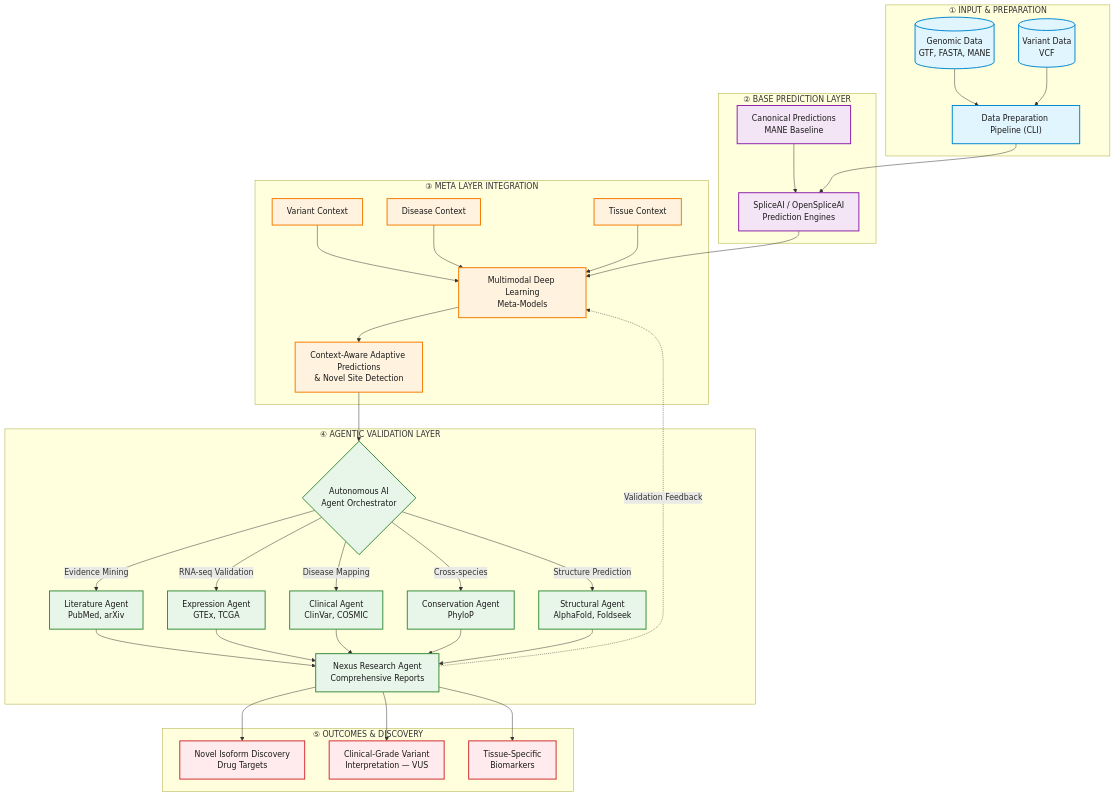
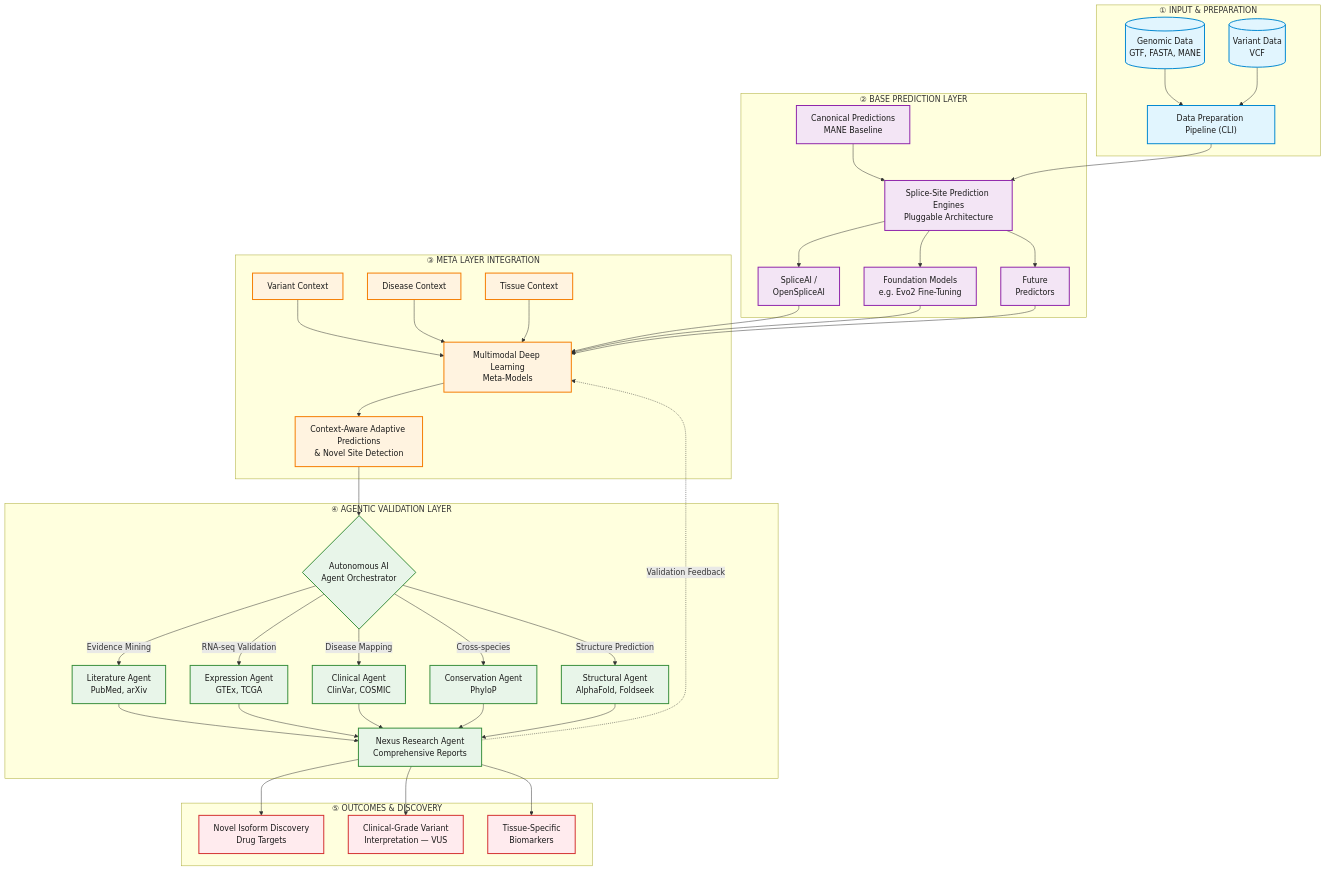
One commit to pleiadian53/agentic-spliceai changed the first of 4 diagrams in README.md. Above: the diagram before and after it, drawn with Mermaid.

Commit message:
Generalize base prediction layer to pluggable architecture
Layer 2 now shows a generic "Splice-Site Prediction Engines" dispatcher
with three pluggable backends: SpliceAI/OpenSpliceAI, Foundation Models
(e.g. Evo2 fine-tuning from the foundation_models sub-project), and a
Future Predictors slot. Each engine feeds independently into the meta
layer, reflecting the system's model-agnostic design.

https://claude.ai/code/session_01PekNHAbzRmH5WMHbntEUUh

```diff
--- a/README.md
+++ b/README.md
@@ -29,8 +29,14 @@
     %% Layer 2: Base Prediction Layer
     subgraph L2 ["② BASE PREDICTION LAYER"]
         C[Canonical Predictions<br/>MANE Baseline]:::base
-        D[SpliceAI / OpenSpliceAI<br/>Prediction Engines]:::base
+        D[Splice-Site Prediction Engines<br/>Pluggable Architecture]:::base
+        D1[SpliceAI /<br/>OpenSpliceAI]:::base
+        D2[Foundation Models<br/>e.g. Evo2 Fine-Tuning]:::base
+        D3[Future<br/>Predictors]:::base
         C --> D
+        D --> D1
+        D --> D2
+        D --> D3
     end
 
     %% Layer 3: Meta Layer Integration
@@ -76,7 +82,9 @@
 
     %% Inter-layer flow
     B --> D
-    D --> F
+    D1 --> F
+    D2 --> F
+    D3 --> F
     G --> H
 
     %% Self-improvement feedback loop
```
